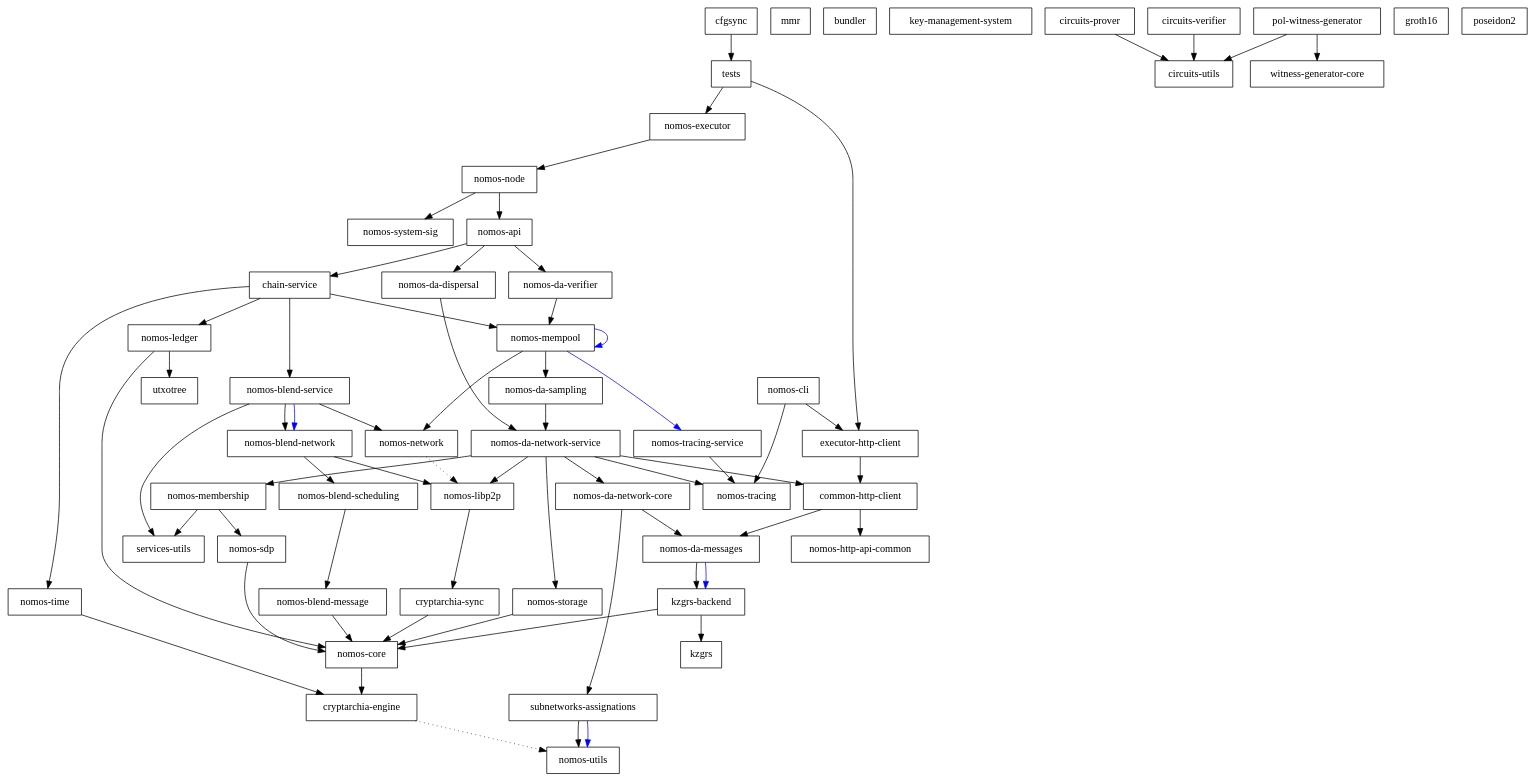
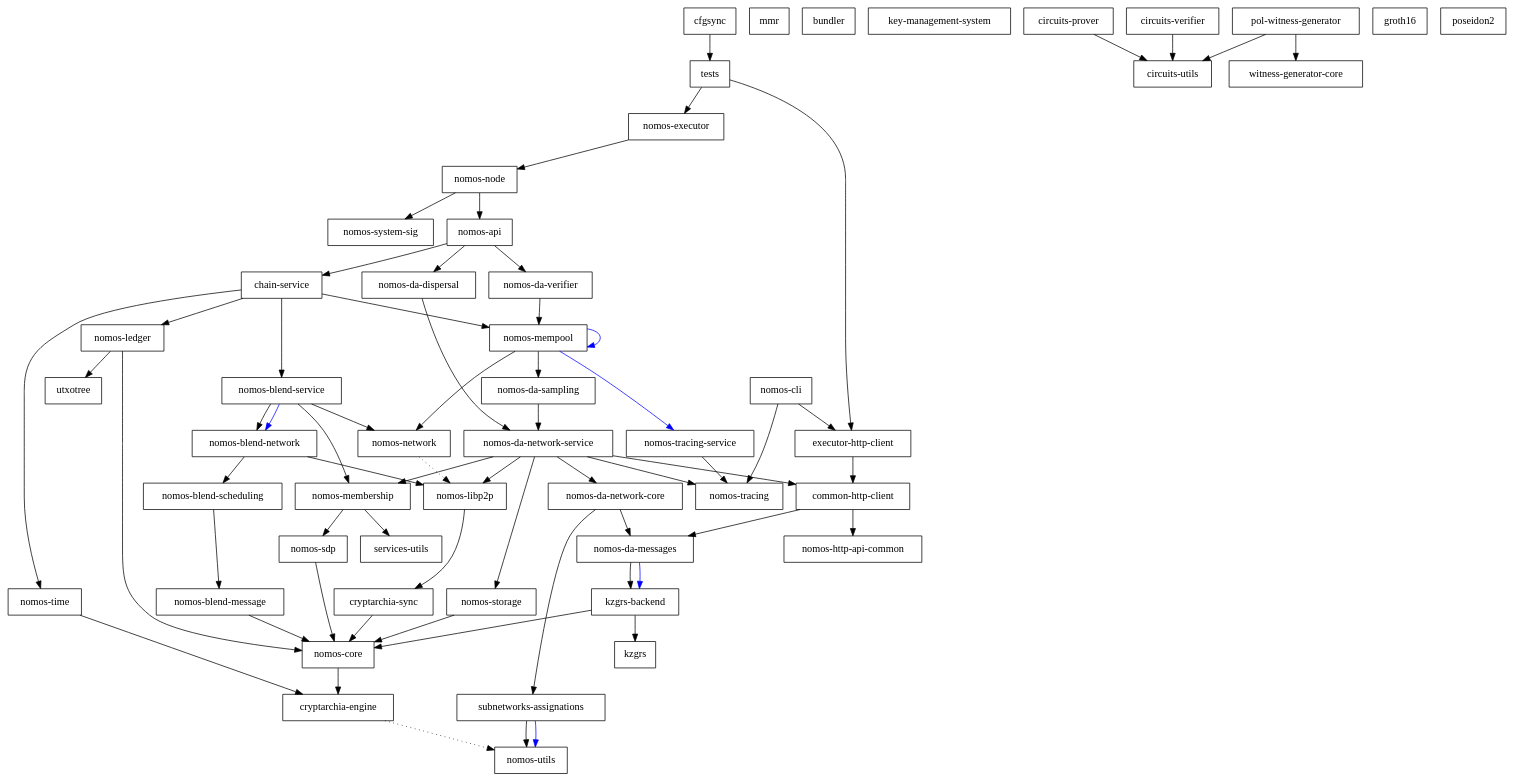
One commit to Astro521/logos-blockchain changed the diagram in dependencies_graph.dot. Above: the diagram before and after it, drawn with Graphviz. The commit also changed 18 other files, not shown here.

Commit message:
feat(blend): membership service adapter (#1602)

```diff
--- a/dependencies_graph.dot
+++ b/dependencies_graph.dot
@@ -1,116 +1,116 @@
 digraph {
     0 [ label = "cryptarchia-engine" shape = box]
     1 [ label = "nomos-utils" shape = box]
     2 [ label = "cryptarchia-sync" shape = box]
     3 [ label = "nomos-core" shape = box]
     4 [ label = "nomos-ledger" shape = box]
     5 [ label = "utxotree" shape = box]
     6 [ label = "mmr" shape = box]
     7 [ label = "nomos-http-api-common" shape = box]
     8 [ label = "nomos-executor" shape = box]
     9 [ label = "kzgrs-backend" shape = box]
     10 [ label = "kzgrs" shape = box]
     11 [ label = "nomos-api" shape = box]
     12 [ label = "chain-service" shape = box]
     13 [ label = "nomos-blend-service" shape = box]
     14 [ label = "nomos-blend-message" shape = box]
     15 [ label = "nomos-blend-network" shape = box]
     16 [ label = "nomos-blend-scheduling" shape = box]
     17 [ label = "nomos-libp2p" shape = box]
-    18 [ label = "nomos-network" shape = box]
-    19 [ label = "services-utils" shape = box]
-    20 [ label = "nomos-da-sampling" shape = box]
-    21 [ label = "nomos-da-network-core" shape = box]
-    22 [ label = "nomos-da-messages" shape = box]
-    23 [ label = "subnetworks-assignations" shape = box]
-    24 [ label = "nomos-da-network-service" shape = box]
-    25 [ label = "common-http-client" shape = box]
-    26 [ label = "nomos-membership" shape = box]
-    27 [ label = "nomos-sdp" shape = box]
+    18 [ label = "nomos-membership" shape = box]
+    19 [ label = "nomos-sdp" shape = box]
+    20 [ label = "services-utils" shape = box]
+    21 [ label = "nomos-network" shape = box]
+    22 [ label = "nomos-da-sampling" shape = box]
+    23 [ label = "nomos-da-network-core" shape = box]
+    24 [ label = "nomos-da-messages" shape = box]
+    25 [ label = "subnetworks-assignations" shape = box]
+    26 [ label = "nomos-da-network-service" shape = box]
+    27 [ label = "common-http-client" shape = box]
     28 [ label = "nomos-storage" shape = box]
     29 [ label = "nomos-tracing" shape = box]
     30 [ label = "nomos-mempool" shape = box]
     31 [ label = "nomos-tracing-service" shape = box]
     32 [ label = "nomos-time" shape = box]
     33 [ label = "nomos-da-dispersal" shape = box]
     34 [ label = "nomos-da-verifier" shape = box]
     35 [ label = "nomos-node" shape = box]
     36 [ label = "nomos-system-sig" shape = box]
     37 [ label = "executor-http-client" shape = box]
     38 [ label = "bundler" shape = box]
     39 [ label = "nomos-cli" shape = box]
     40 [ label = "key-management-system" shape = box]
     41 [ label = "cfgsync" shape = box]
     42 [ label = "tests" shape = box]
     43 [ label = "circuits-prover" shape = box]
     44 [ label = "circuits-utils" shape = box]
     45 [ label = "circuits-verifier" shape = box]
     46 [ label = "witness-generator-core" shape = box]
     47 [ label = "pol-witness-generator" shape = box]
     48 [ label = "groth16" shape = box]
     49 [ label = "poseidon2" shape = box]
     0 -> 1 [ style = dotted]
     2 -> 3 [ ]
     3 -> 0 [ ]
     4 -> 3 [ ]
     4 -> 5 [ ]
     8 -> 35 [ ]
     9 -> 10 [ ]
     9 -> 3 [ ]
     11 -> 12 [ ]
     11 -> 33 [ ]
     11 -> 34 [ ]
     12 -> 13 [ ]
     12 -> 4 [ ]
     12 -> 30 [ ]
     12 -> 32 [ ]
     13 -> 15 [ ]
     13 -> 15 [ color = blue]
     13 -> 18 [ ]
-    13 -> 19 [ ]
+    13 -> 21 [ ]
     14 -> 3 [ ]
     15 -> 16 [ ]
     15 -> 17 [ ]
     16 -> 14 [ ]
     17 -> 2 [ ]
-    18 -> 17 [ style = dotted]
-    20 -> 24 [ ]
-    21 -> 22 [ ]
-    21 -> 23 [ ]
-    22 -> 9 [ ]
-    22 -> 9 [ color = blue]
-    23 -> 1 [ ]
-    23 -> 1 [ color = blue]
-    24 -> 25 [ ]
-    24 -> 21 [ ]
-    24 -> 17 [ ]
-    24 -> 26 [ ]
-    24 -> 28 [ ]
-    24 -> 29 [ ]
-    25 -> 22 [ ]
-    25 -> 7 [ ]
+    18 -> 19 [ ]
+    18 -> 20 [ ]
+    19 -> 3 [ ]
+    21 -> 17 [ style = dotted]
+    22 -> 26 [ ]
+    23 -> 24 [ ]
+    23 -> 25 [ ]
+    24 -> 9 [ ]
+    24 -> 9 [ color = blue]
+    25 -> 1 [ ]
+    25 -> 1 [ color = blue]
     26 -> 27 [ ]
-    26 -> 19 [ ]
-    27 -> 3 [ ]
+    26 -> 23 [ ]
+    26 -> 17 [ ]
+    26 -> 18 [ ]
+    26 -> 28 [ ]
+    26 -> 29 [ ]
+    27 -> 24 [ ]
+    27 -> 7 [ ]
     28 -> 3 [ ]
-    30 -> 20 [ ]
+    30 -> 22 [ ]
     30 -> 30 [ color = blue]
-    30 -> 18 [ ]
+    30 -> 21 [ ]
     30 -> 31 [ color = blue]
     31 -> 29 [ ]
     32 -> 0 [ ]
-    33 -> 24 [ ]
+    33 -> 26 [ ]
     34 -> 30 [ ]
     35 -> 11 [ ]
     35 -> 36 [ ]
-    37 -> 25 [ ]
+    37 -> 27 [ ]
     39 -> 37 [ ]
     39 -> 29 [ ]
     41 -> 42 [ ]
     42 -> 37 [ ]
     42 -> 8 [ ]
     43 -> 44 [ ]
     45 -> 44 [ ]
     47 -> 44 [ ]
     47 -> 46 [ ]
 }
```
